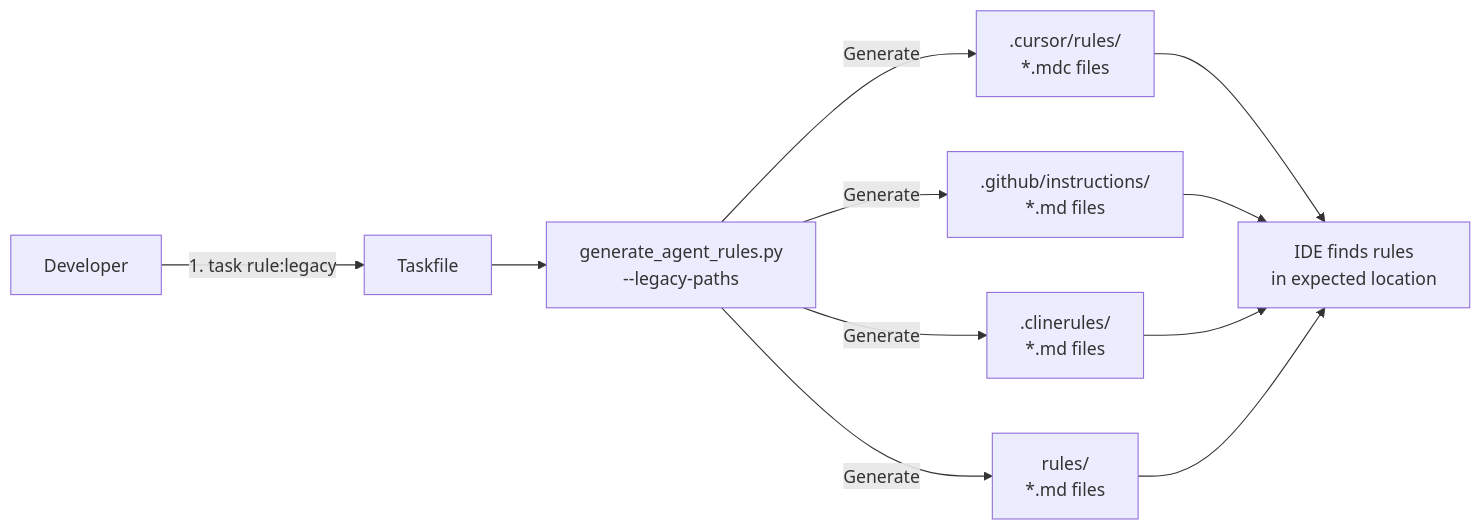
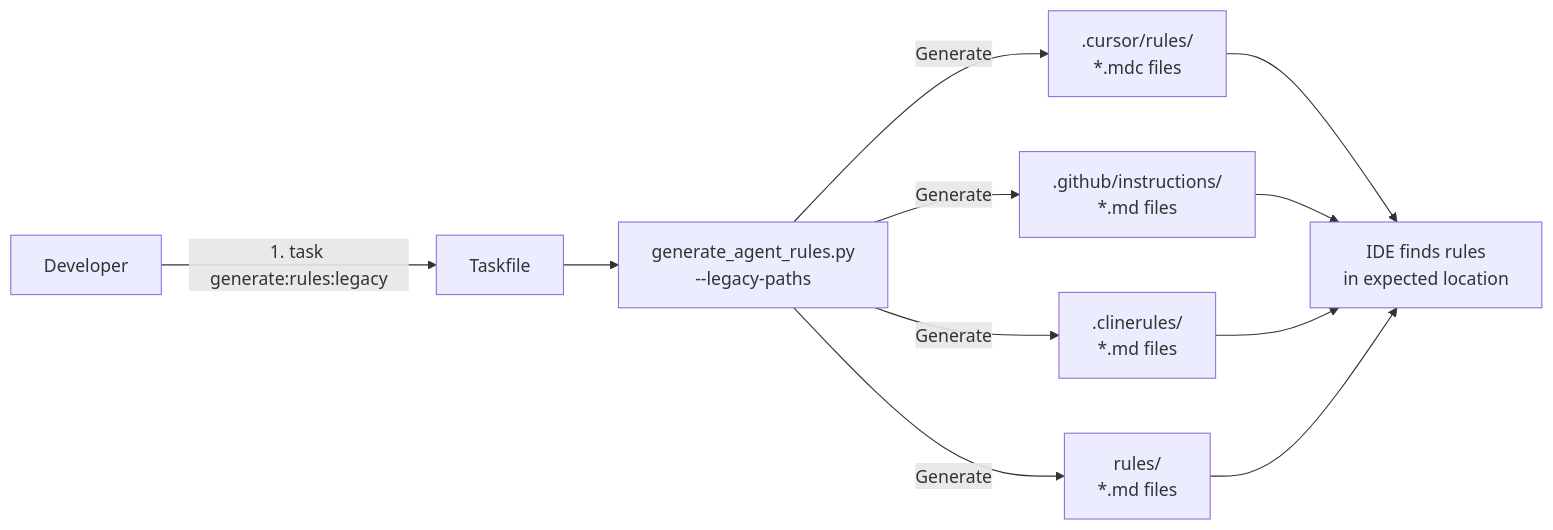
Before and after one commit to sfc-gh-myoung/ai_coding_rules: the fifth of 5 diagrams in docs/ARCHITECTURE.md, drawn with Mermaid. The commit also changed other lines of this file and 20 other files, not shown here.

````diff
--- a/docs/ARCHITECTURE.md
+++ b/docs/ARCHITECTURE.md
@@ -433,13 +488,13 @@
 ```mermaid
 flowchart LR
-    Dev[Developer] -->|1. task rule:legacy| Task[Taskfile]
+    Dev[Developer] -->|1. task generate:rules:legacy| Task[Taskfile]
     Task --> Gen[generate_agent_rules.py<br/>--legacy-paths]
     Gen -->|Generate| Cursor[.cursor/rules/<br/>*.mdc files]
     Gen -->|Generate| Copilot[.github/instructions/<br/>*.md files]
     Gen -->|Generate| Cline[.clinerules/<br/>*.md files]
     Gen -->|Generate| Universal[rules/<br/>*.md files]
     Cursor --> IDE[IDE finds rules<br/>in expected location]
     Copilot --> IDE
     Cline --> IDE
     Universal --> IDE
 ```
````
